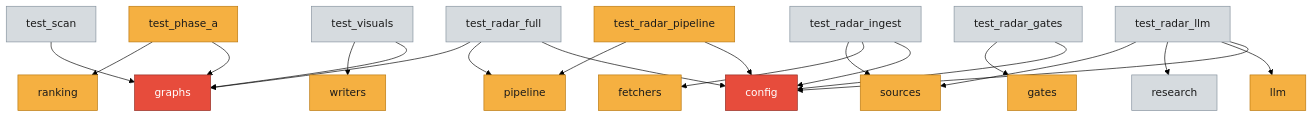
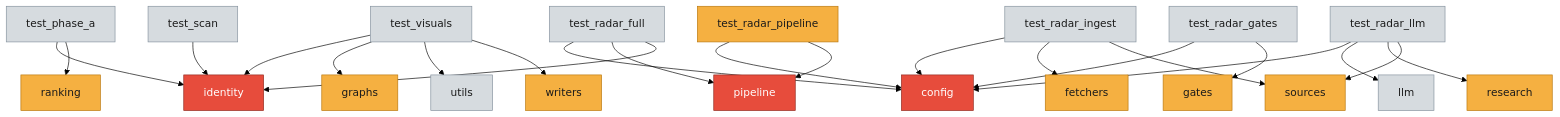
One commit to hhleroy97/repo-scan changed the diagram in docs/reports/dependencies.md. Above: the diagram before and after it, drawn with Mermaid (forest theme). The commit also changed other lines of this file and 15 other files, not shown here.

````diff
--- a/docs/reports/dependencies.md
+++ b/docs/reports/dependencies.md
@@ -12,28 +12,30 @@
 ```mermaid
 graph TD
-  tests_test_phase_a["test_phase_a"] --> repo_scan_graphs["graphs"]
+  tests_test_phase_a["test_phase_a"] --> repo_scan_identity["identity"]
   tests_test_phase_a["test_phase_a"] --> repo_scan_ranking["ranking"]
   tests_test_radar_ingest["test_radar_ingest"] --> repo_scan_config["config"]
   tests_test_radar_ingest["test_radar_ingest"] --> repo_scan_radar_fetchers["fetchers"]
   tests_test_radar_ingest["test_radar_ingest"] --> repo_scan_radar_sources["sources"]
+  tests_test_visuals["test_visuals"] --> repo_scan_identity["identity"]
   tests_test_visuals["test_visuals"] --> repo_scan_graphs["graphs"]
+  tests_test_visuals["test_visuals"] --> repo_scan_utils["utils"]
   tests_test_visuals["test_visuals"] --> repo_scan_writers["writers"]
-  tests_test_scan["test_scan"] --> repo_scan_graphs["graphs"]
+  tests_test_scan["test_scan"] --> repo_scan_identity["identity"]
   tests_test_radar_pipeline["test_radar_pipeline"] --> repo_scan_config["config"]
   tests_test_radar_pipeline["test_radar_pipeline"] --> repo_scan_radar_pipeline["pipeline"]
   tests_test_radar_llm["test_radar_llm"] --> repo_scan_config["config"]
   tests_test_radar_llm["test_radar_llm"] --> repo_scan_radar_llm["llm"]
   tests_test_radar_llm["test_radar_llm"] --> repo_scan_radar_research["research"]
   tests_test_radar_llm["test_radar_llm"] --> repo_scan_radar_sources["sources"]
   tests_test_radar_gates["test_radar_gates"] --> repo_scan_config["config"]
   tests_test_radar_gates["test_radar_gates"] --> repo_scan_radar_gates["gates"]
   tests_test_radar_full["test_radar_full"] --> repo_scan_config["config"]
   tests_test_radar_full["test_radar_full"] --> repo_scan_radar_pipeline["pipeline"]
-  tests_test_radar_full["test_radar_full"] --> repo_scan_graphs["graphs"]
+  tests_test_radar_full["test_radar_full"] --> repo_scan_identity["identity"]
   classDef hot fill:#e74c3c,stroke:#922b21,color:#fff
   classDef warm fill:#f5b041,stroke:#b9770e,color:#1a1a1a
   classDef cold fill:#d6dbdf,stroke:#85929e,color:#1a1a1a
-  class repo_scan_config,repo_scan_graphs hot
-  class repo_scan_radar_fetchers,repo_scan_radar_gates,repo_scan_radar_llm,repo_scan_radar_pipeline,repo_scan_radar_sources,repo_scan_ranking,repo_scan_writers,tests_test_phase_a,tests_test_radar_pipeline warm
-  class repo_scan_radar_research,tests_test_radar_full,tests_test_radar_gates,tests_test_radar_ingest,tests_test_radar_llm,tests_test_scan,tests_test_visuals cold
+  class repo_scan_config,repo_scan_identity,repo_scan_radar_pipeline hot
+  class repo_scan_graphs,repo_scan_radar_fetchers,repo_scan_radar_gates,repo_scan_radar_research,repo_scan_radar_sources,repo_scan_ranking,repo_scan_writers,tests_test_radar_pipeline warm
+  class repo_scan_radar_llm,repo_scan_utils,tests_test_phase_a,tests_test_radar_full,tests_test_radar_gates,tests_test_radar_ingest,tests_test_radar_llm,tests_test_scan,tests_test_visuals cold
 ```
````
